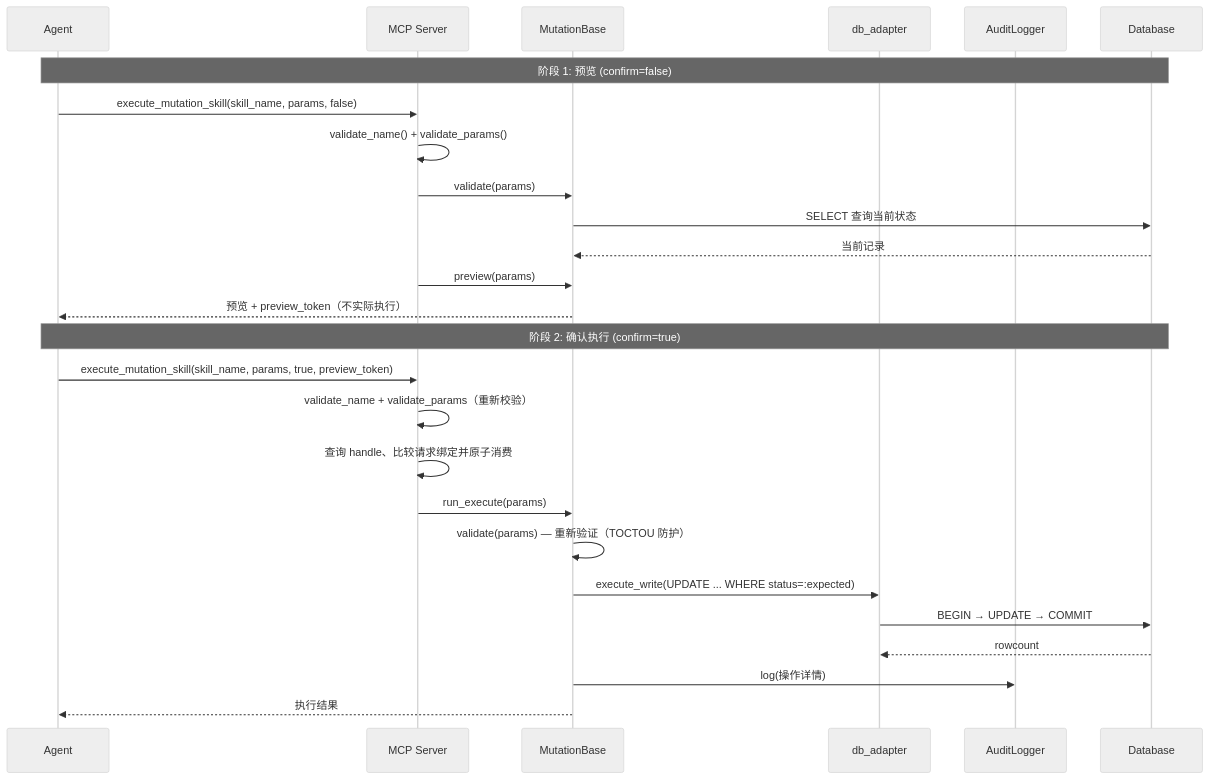
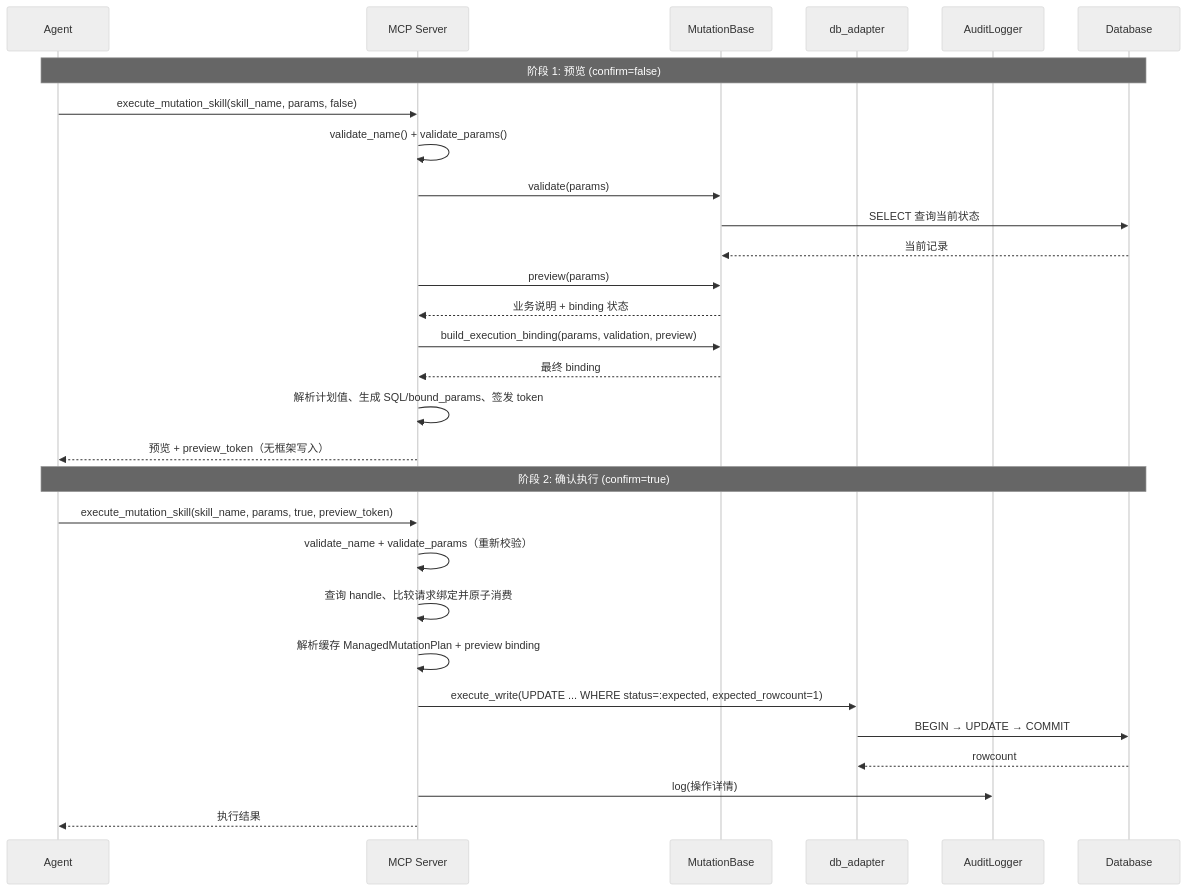
Before and after one commit to Firstmeridian/llm-sql-safety-executor-mcp: the third of 3 diagrams in README_ZH.md, drawn with Mermaid (neutral theme). The commit also changed other lines of this file and 17 other files, not shown here.

````diff
--- a/README_ZH.md
+++ b/README_ZH.md
@@ -1977,30 +2019,33 @@
 ```mermaid
 sequenceDiagram
     participant Agent
     participant MCP as MCP Server
     participant Mutation as MutationBase
     participant Adapter as db_adapter
     participant Audit as AuditLogger
     participant DB as Database
 
     Note over Agent,DB: 阶段 1: 预览 (confirm=false)
     Agent->>MCP: execute_mutation_skill(skill_name, params, false)
     MCP->>MCP: validate_name() + validate_params()
     MCP->>Mutation: validate(params)
     Mutation->>DB: SELECT 查询当前状态
     DB-->>Mutation: 当前记录
     MCP->>Mutation: preview(params)
-    Mutation-->>Agent: 预览 + preview_token（不实际执行）
+    Mutation-->>MCP: 业务说明 + binding 状态
+    MCP->>Mutation: build_execution_binding(params, validation, preview)
+    Mutation-->>MCP: 最终 binding
+    MCP->>MCP: 解析计划值、生成 SQL/bound_params、签发 token
+    MCP-->>Agent: 预览 + preview_token（无框架写入）
 
     Note over Agent,DB: 阶段 2: 确认执行 (confirm=true)
     Agent->>MCP: execute_mutation_skill(skill_name, params, true, preview_token)
     MCP->>MCP: validate_name + validate_params（重新校验）
     MCP->>MCP: 查询 handle、比较请求绑定并原子消费
-    MCP->>Mutation: run_execute(params)
-    Mutation->>Mutation: validate(params) — 重新验证（TOCTOU 防护）
-    Mutation->>Adapter: execute_write(UPDATE ... WHERE status=:expected)
+    MCP->>MCP: 解析缓存 ManagedMutationPlan + preview binding
+    MCP->>Adapter: execute_write(UPDATE ... WHERE status=:expected, expected_rowcount=1)
     Adapter->>DB: BEGIN → UPDATE → COMMIT
     DB-->>Adapter: rowcount
-    Mutation->>Audit: log(操作详情)
-    Mutation-->>Agent: 执行结果
+    MCP->>Audit: log(操作详情)
+    MCP-->>Agent: 执行结果
 ```
````
